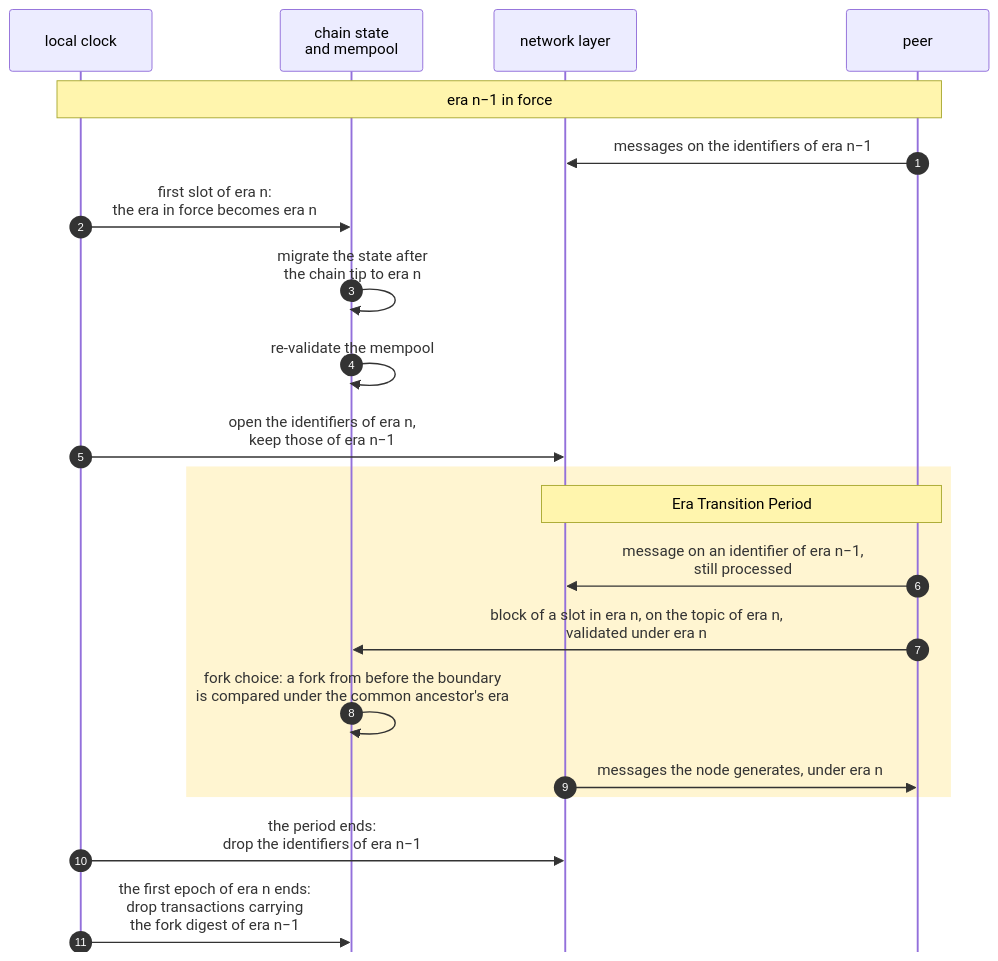
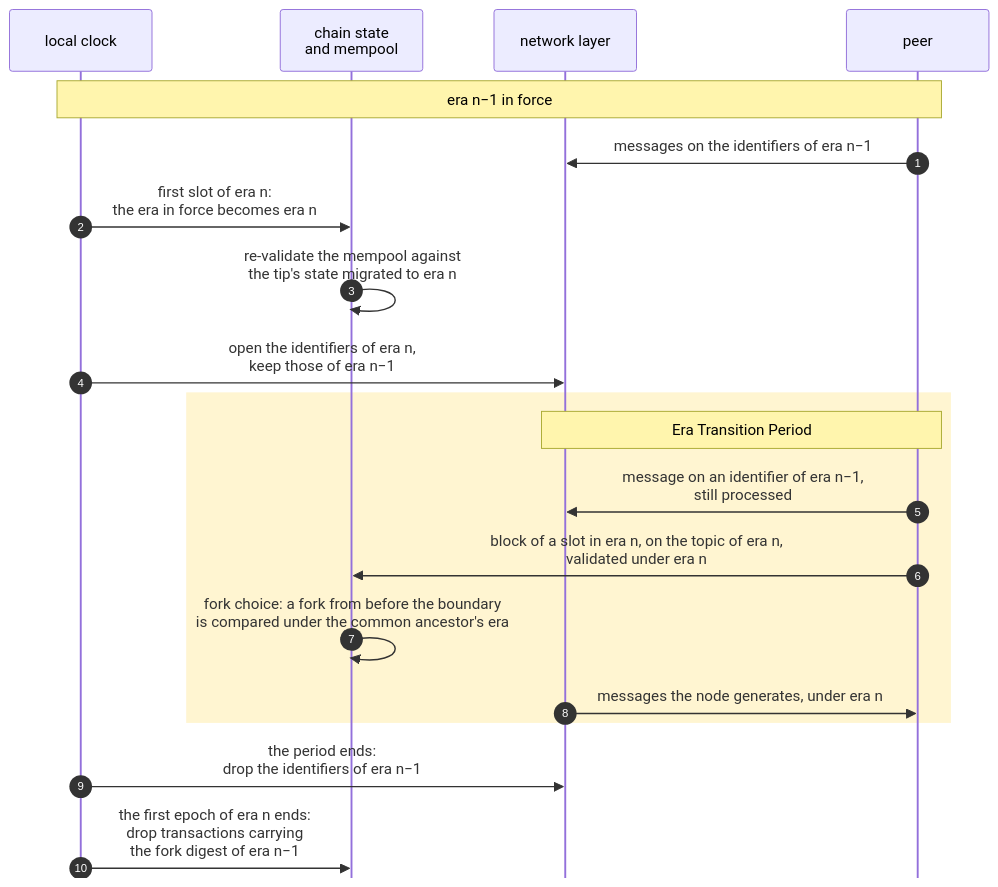
The seventh of 7 diagrams in docs/blockchain/raw/bedrock-eras.md (logos-co/logos-lips), drawn with Mermaid before and after one commit. The commit also changed other lines of this file, not shown here.

First line of the commit message:
docs(blockchain): keep block states unmigrated and re-validate the mempool against the tip migrated to the era in force

````diff
--- a/docs/blockchain/raw/bedrock-eras.md
+++ b/docs/blockchain/raw/bedrock-eras.md
@@ -293,28 +294,27 @@
 ```mermaid
 ---
 config:
   sequence:
     mirrorActors: false
 ---
 sequenceDiagram
     autonumber
     participant C as local clock
     participant S as chain state<br/>and mempool
     participant N as network layer
     participant P as peer
     Note over C,P: era n−1 in force
     P->>N: messages on the identifiers of era n−1
     C->>S: first slot of era n:<br/>the era in force becomes era n
-    S->>S: migrate the state after<br/>the chain tip to era n
-    S->>S: re-validate the mempool
+    S->>S: re-validate the mempool against<br/>the tip's state migrated to era n
     C->>N: open the identifiers of era n,<br/>keep those of era n−1
     rect rgba(255, 200, 0, 0.18)
         Note over N,P: Era Transition Period
         P->>N: message on an identifier of era n−1,<br/>still processed
         P->>S: block of a slot in era n, on the topic of era n,<br/>validated under era n
         S->>S: fork choice: a fork from before the boundary<br/>is compared under the common ancestor's era
         N->>P: messages the node generates, under era n
     end
     C->>N: the period ends:<br/>drop the identifiers of era n−1
     C->>S: the first epoch of era n ends:<br/>drop transactions carrying<br/>the fork digest of era n−1
 ```
````
